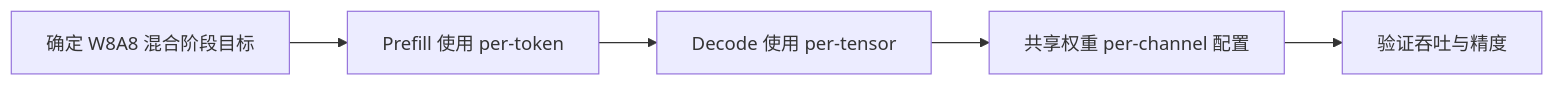
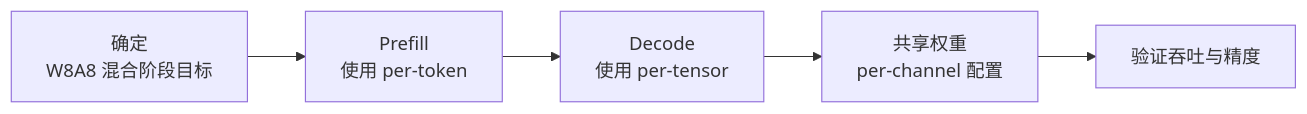
One commit to mindstudio-docs/master changed the diagram in msmodelslim/docs/zh/knowledge_base/quantization_algorithms/pdmix/usage_pdmix.md. Above: the diagram before and after it, drawn with Mermaid. The commit also changed other lines of this file and 235 other files, not shown here.

````diff
--- a/msmodelslim/docs/zh/knowledge_base/quantization_algorithms/pdmix/usage_pdmix.md
+++ b/msmodelslim/docs/zh/knowledge_base/quantization_algorithms/pdmix/usage_pdmix.md
@@ -24,7 +27,7 @@
 ```mermaid
 flowchart LR
-    A[确定 W8A8 混合阶段目标] --> B[Prefill 使用 per-token]
-    B[Prefill 使用 per-token] --> C[Decode 使用 per-tensor]
-    C[Decode 使用 per-tensor] --> D[共享权重 per-channel 配置]
-    D[共享权重 per-channel 配置] --> E[验证吞吐与精度]
+    A[确定<br/>W8A8 混合阶段目标] --> B[Prefill<br/>使用 per-token]
+    B --> C[Decode<br/>使用 per-tensor]
+    C --> D[共享权重<br/>per-channel 配置]
+    D --> E[验证吞吐与精度]
 ```
````
